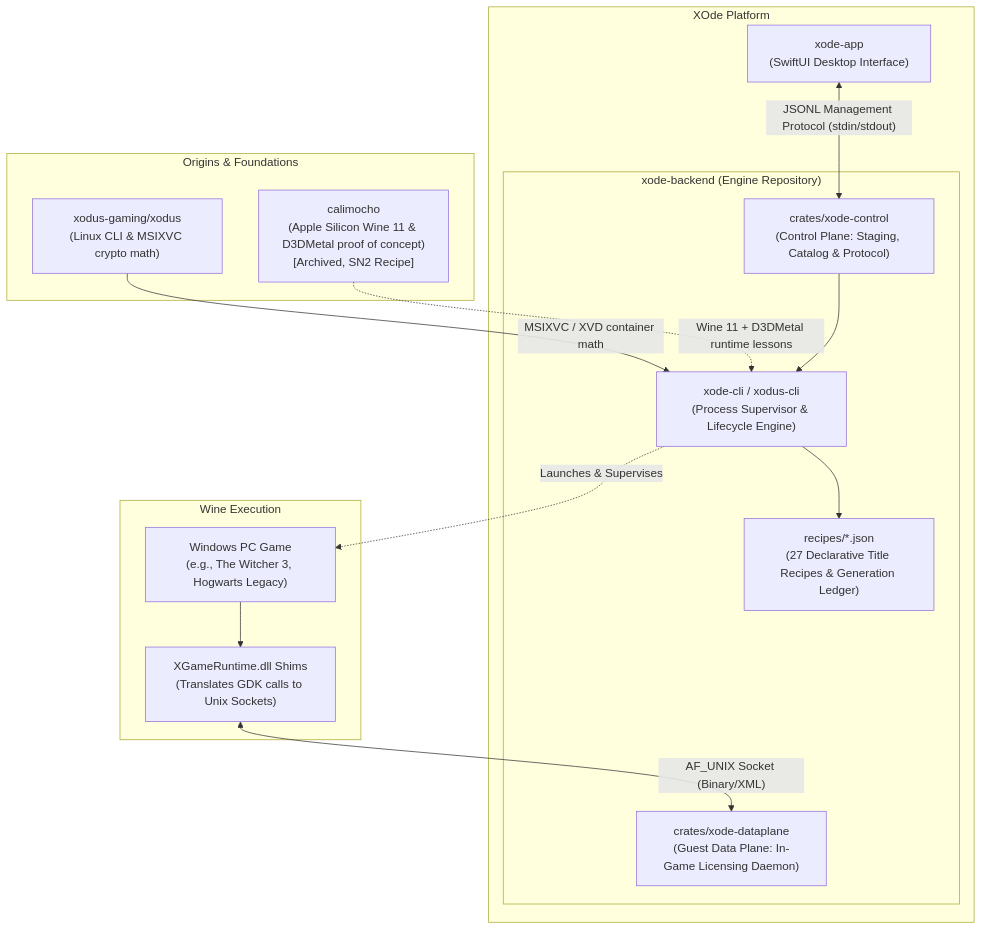
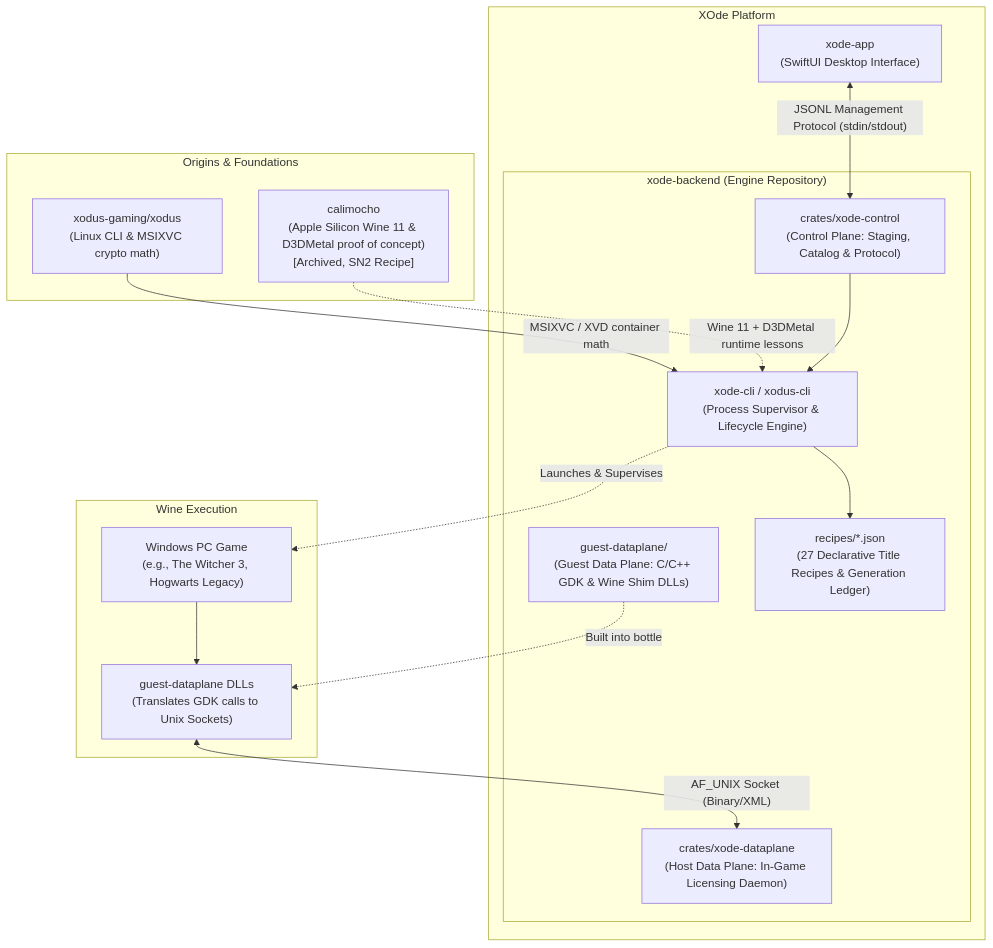
The first of 2 diagrams in docs/ARCHITECTURE.md (WorkingPrinciple/xode-ui), drawn with Mermaid before and after one commit. The commit also changed 1 other file, not shown here.

Commit message:
update ecosystem diagram and component roles for guest-dataplane
Reflect the reorganization of the guest data plane shims to guest-dataplane/
and distinguish Host Data Plane (crates/xode-dataplane) from Guest Data Plane
(guest-dataplane/).

````diff
--- a/docs/ARCHITECTURE.md
+++ b/docs/ARCHITECTURE.md
@@ -5,31 +5,33 @@
 ```mermaid
 flowchart TD
     subgraph Roots["Origins & Foundations"]
         OG["xodus-gaming/xodus\n(Linux CLI & MSIXVC crypto math)"]
         CALI["calimocho\n(Apple Silicon Wine 11 & D3DMetal proof of concept)\n[Archived, SN2 Recipe]"]
     end
 
     subgraph XOde["XOde Platform"]
         APP["xode-app\n(SwiftUI Desktop Interface)"]
         subgraph Backend["xode-backend (Engine Repository)"]
             CLI["xode-cli / xodus-cli\n(Process Supervisor & Lifecycle Engine)"]
             CONTROL["crates/xode-control\n(Control Plane: Staging, Catalog & Protocol)"]
-            DATAPLANE["crates/xode-dataplane\n(Guest Data Plane: In-Game Licensing Daemon)"]
+            DATAPLANE["crates/xode-dataplane\n(Host Data Plane: In-Game Licensing Daemon)"]
+            GUEST_DP["guest-dataplane/\n(Guest Data Plane: C/C++ GDK & Wine Shim DLLs)"]
             RECIPES["recipes/*.json\n(27 Declarative Title Recipes & Generation Ledger)"]
         end
     end
 
     subgraph Guest["Wine Execution"]
         GAME["Windows PC Game\n(e.g., The Witcher 3, Hogwarts Legacy)"]
-        SHIM["XGameRuntime.dll Shims\n(Translates GDK calls to Unix Sockets)"]
+        SHIM["guest-dataplane DLLs\n(Translates GDK calls to Unix Sockets)"]
     end
 
     OG -->|"MSIXVC / XVD container math"| CLI
     CALI -.->|"Wine 11 + D3DMetal runtime lessons"| CLI
     APP <-->|"JSONL Management Protocol (stdin/stdout)"| CONTROL
     CONTROL --> CLI
     CLI --> RECIPES
     CLI -. "Launches & Supervises" .-> GAME
+    GUEST_DP -. "Built into bottle" .-> SHIM
     GAME --> SHIM
     SHIM <-- "AF_UNIX Socket (Binary/XML)" --> DATAPLANE
 ```
````
